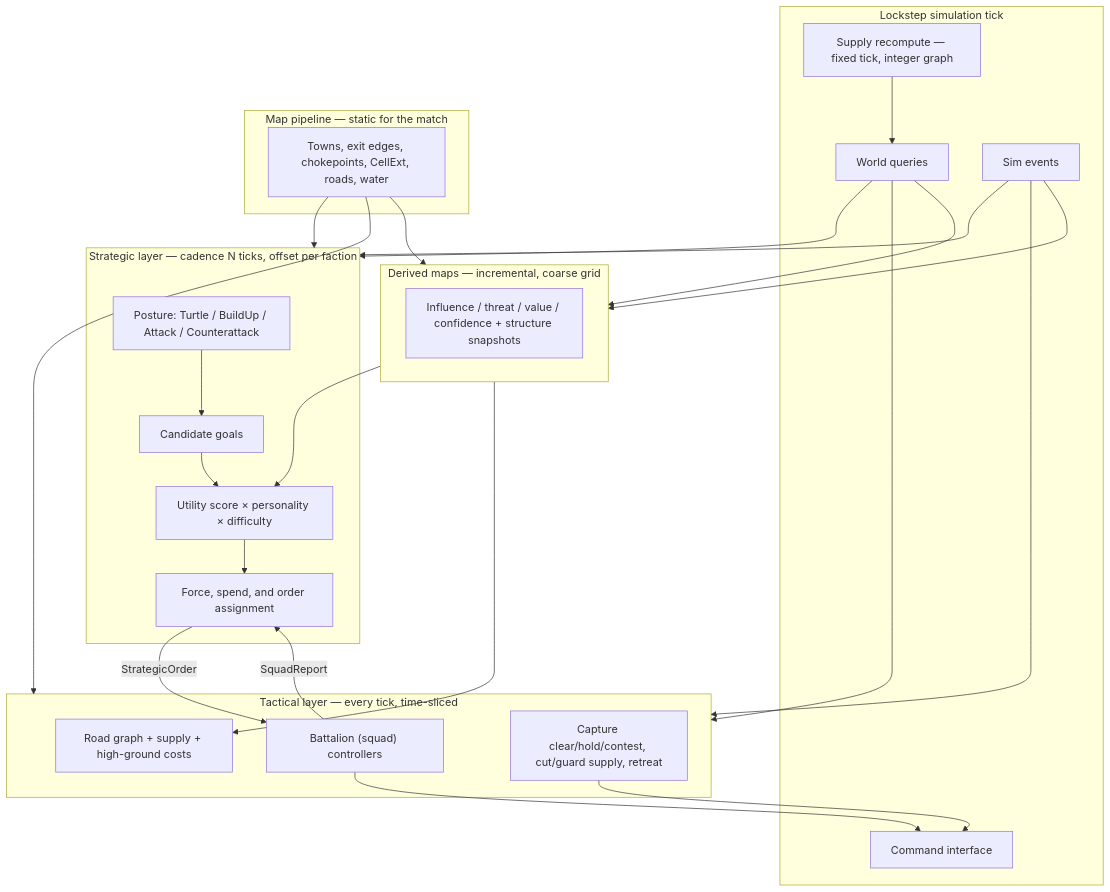
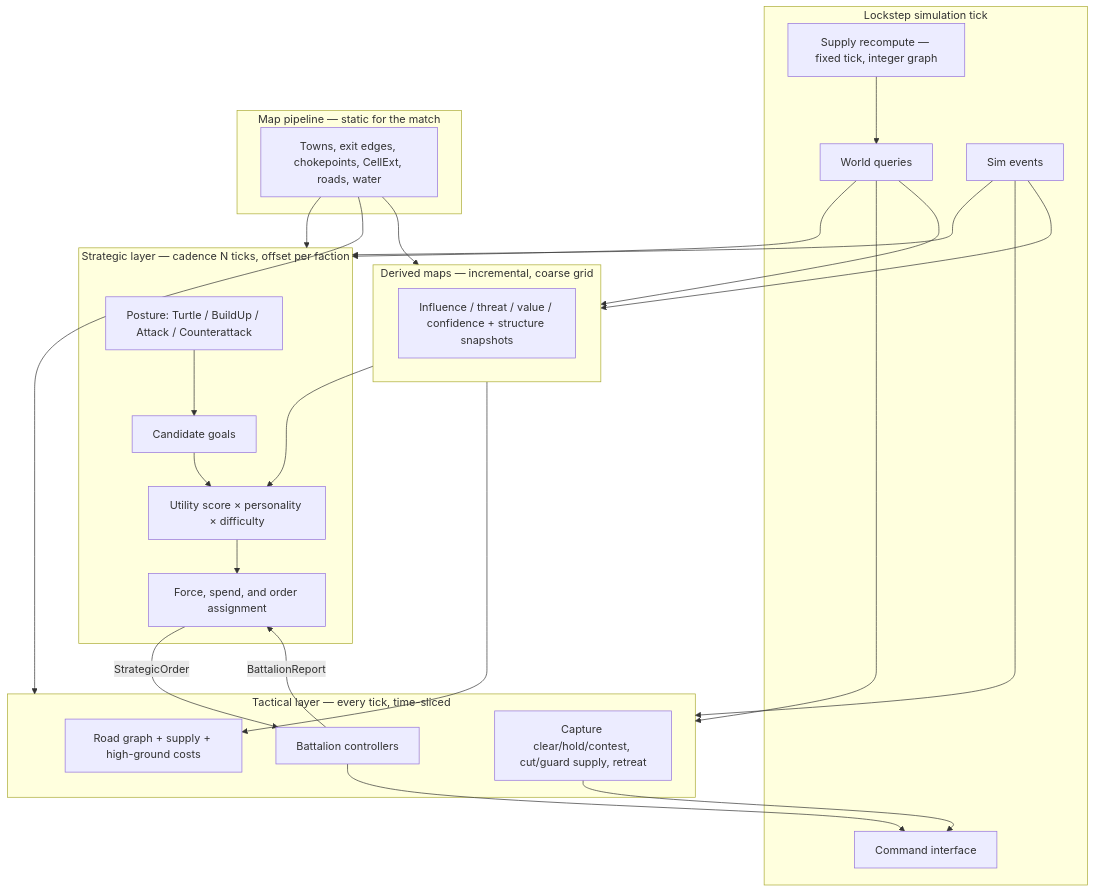
The diagram in docs/ai/enemy-ai-design.md (GarandWolf/wasteland-rts), drawn with Mermaid before and after one commit. The commit also changed other lines of this file, not shown here.

First line of the commit message:
docs(ai): drop squad; pin battalion, task force, and HasHighGround

````diff
--- a/docs/ai/enemy-ai-design.md
+++ b/docs/ai/enemy-ai-design.md
@@ -144,50 +146,50 @@
 ```mermaid
 flowchart TB
   subgraph Sim["Lockstep simulation tick"]
     World["World queries"]
     Events["Sim events"]
     Cmd["Command interface"]
     Supply["Supply recompute — fixed tick, integer graph"]
   end
 
   subgraph Pipeline["Map pipeline — static for the match"]
     Contract["Towns, exit edges, chokepoints, CellExt, roads, water"]
   end
 
   subgraph Derived["Derived maps — incremental, coarse grid"]
     Inf["Influence / threat / value / confidence + structure snapshots"]
   end
 
   subgraph Strat["Strategic layer — cadence N ticks, offset per faction"]
     Posture["Posture: Turtle / BuildUp / Attack / Counterattack"]
     Cands["Candidate goals"]
     Score["Utility score × personality × difficulty"]
     Alloc["Force, spend, and order assignment"]
   end
 
   subgraph Tact["Tactical layer — every tick, time-sliced"]
-    Squads["Battalion (squad) controllers"]
+    BnCtrl["Battalion controllers"]
     Route["Road graph + supply + high-ground costs"]
     Fight["Capture clear/hold/contest, cut/guard supply, retreat"]
   end
 
   Contract --> Strat
   Contract --> Tact
   Contract --> Derived
   World --> Strat
   World --> Tact
   World --> Derived
   Supply --> World
   Events --> Strat
   Events --> Tact
   Events --> Derived
   Derived --> Score
   Derived --> Route
   Posture --> Cands
   Cands --> Score
   Score --> Alloc
-  Alloc -->|"StrategicOrder"| Squads
-  Squads -->|"SquadReport"| Alloc
+  Alloc -->|"StrategicOrder"| BnCtrl
+  BnCtrl -->|"BattalionReport"| Alloc
   Fight --> Cmd
-  Squads --> Cmd
+  BnCtrl --> Cmd
 ```
````
